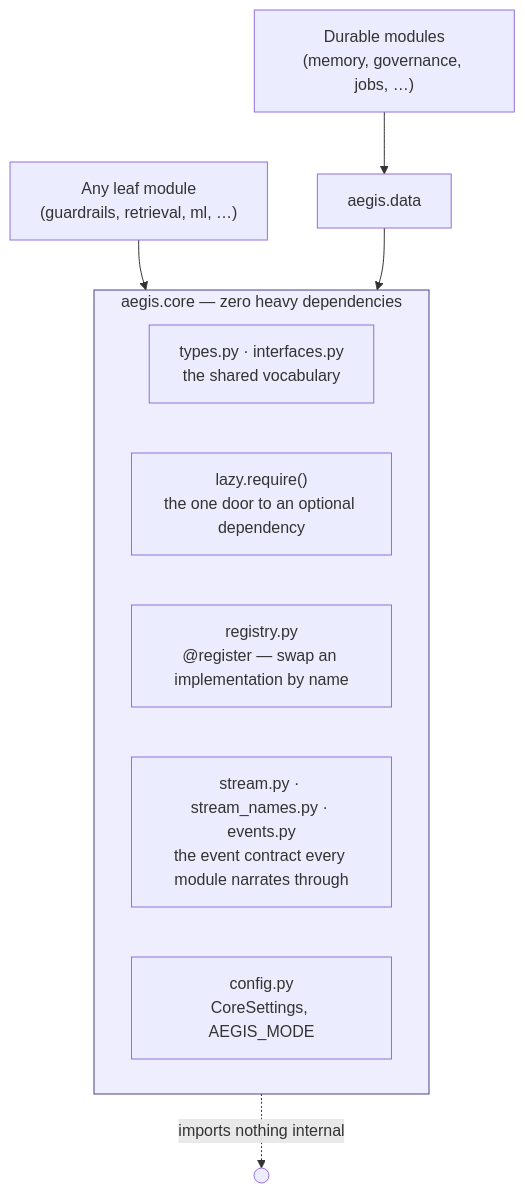
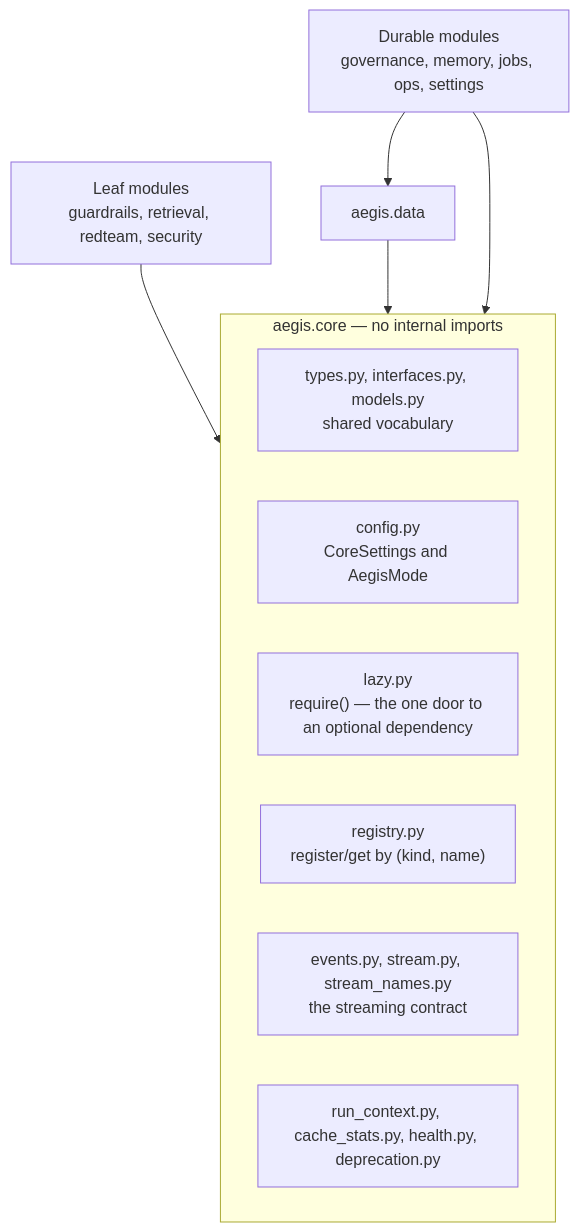
One commit to yrevash/aegis changed the diagram in docs/teaching/core.md. Above: the diagram before and after it, drawn with Mermaid. The commit also changed other lines of this file and 29 other files, not shown here.

````diff
--- a/docs/teaching/core.md
+++ b/docs/teaching/core.md
@@ -27,15 +21,15 @@
 ```mermaid
 flowchart TD
-    subgraph CORE["aegis.core — zero heavy dependencies"]
-        T["types.py · interfaces.py<br/>the shared vocabulary"]
-        L["lazy.require()<br/>the one door to an optional dependency"]
-        R["registry.py<br/>@register — swap an implementation by name"]
-        S["stream.py · stream_names.py · events.py<br/>the event contract every module narrates through"]
-        C["config.py<br/>CoreSettings, AEGIS_MODE"]
+    subgraph CORE["aegis.core — no internal imports"]
+        T["types.py, interfaces.py, models.py<br/>shared vocabulary"]
+        C["config.py<br/>CoreSettings and AegisMode"]
+        L["lazy.py<br/>require() — the one door to an optional dependency"]
+        R["registry.py<br/>register/get by (kind, name)"]
+        E["events.py, stream.py, stream_names.py<br/>the streaming contract"]
+        X["run_context.py, cache_stats.py, health.py, deprecation.py"]
     end
-    LEAF["Any leaf module<br/>(guardrails, retrieval, ml, …)"] --> CORE
+    LEAF["Leaf modules<br/>guardrails, retrieval, redteam, security"] --> CORE
     DATA["aegis.data"] --> CORE
-    DURABLE["Durable modules<br/>(memory, governance, jobs, …)"] --> DATA
-    CORE -.->|imports nothing internal| X(( ))
-    style CORE fill:#eef,stroke:#448
+    DUR["Durable modules<br/>governance, memory, jobs, ops, settings"] --> DATA
+    DUR --> CORE
 ```
````
